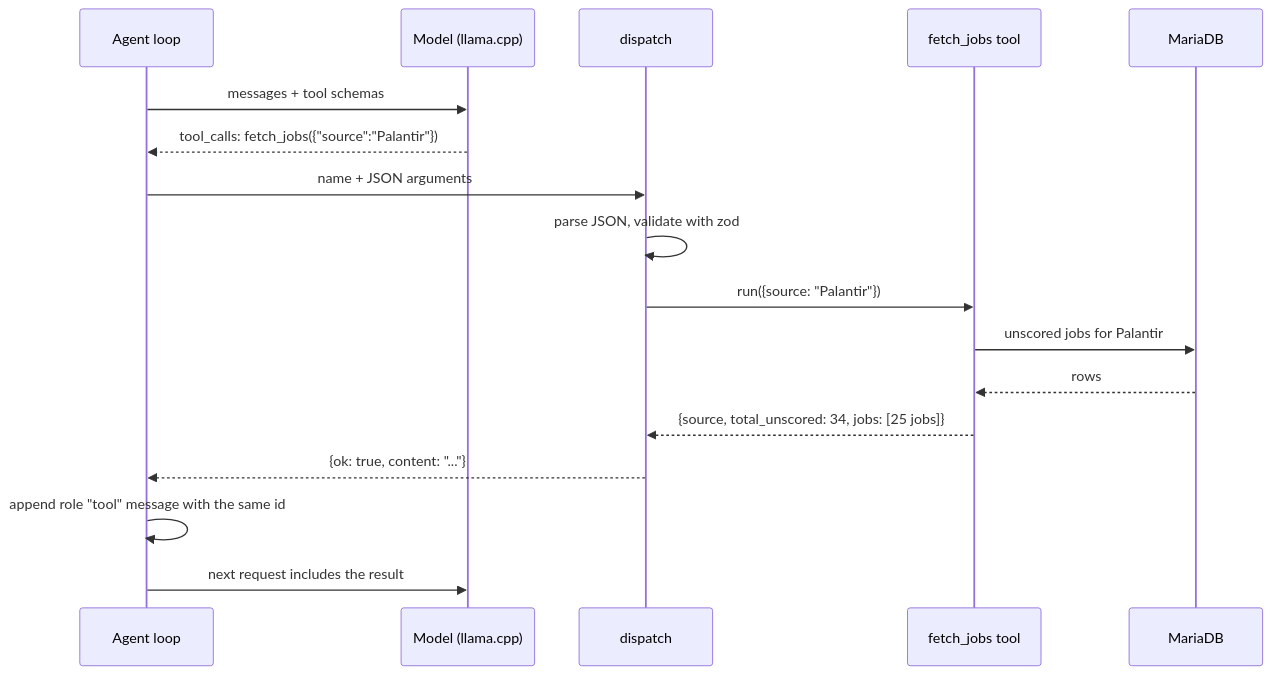
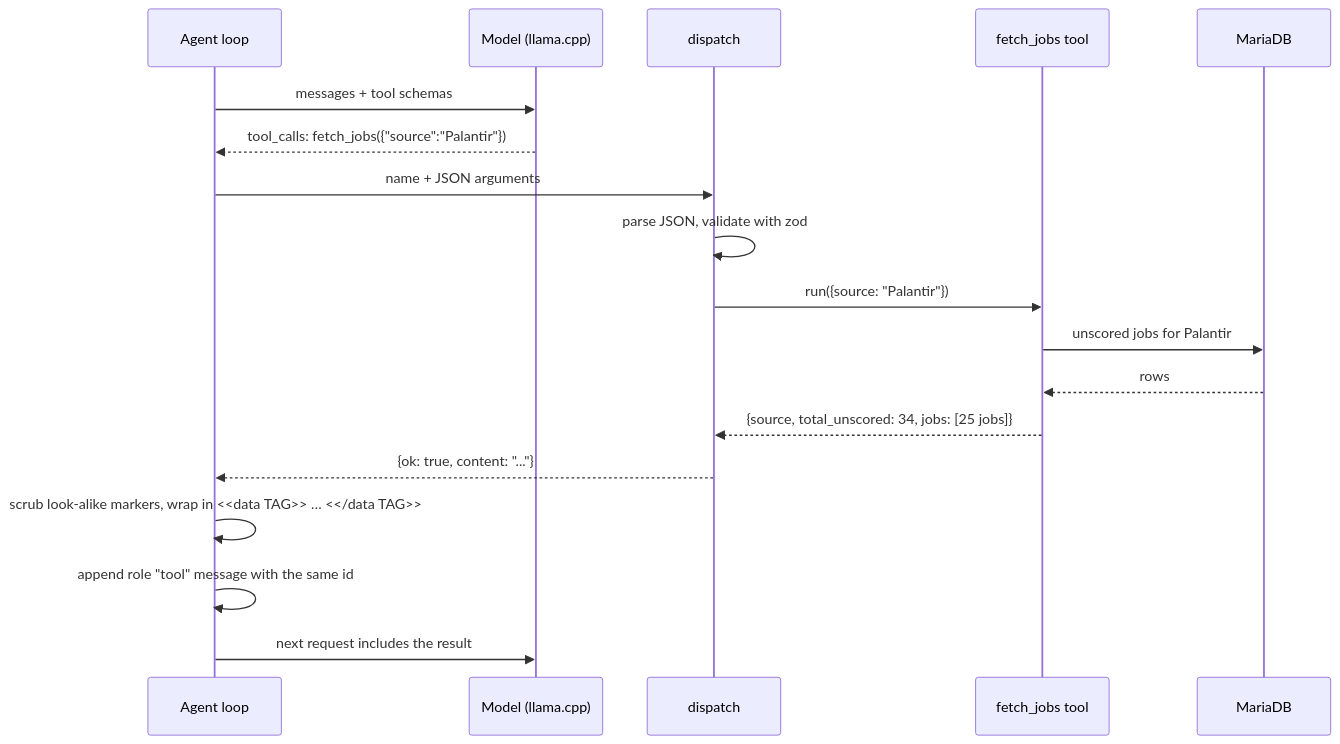
The third of 7 diagrams in README.md (risingfish/myjobbot), drawn with Mermaid before and after one commit. The commit also changed other lines of this file and 56 other files, not shown here.

First line of the commit message:
Run-bound data markers against prompt injection (009) (#15)

````diff
--- a/README.md
+++ b/README.md
@@ -361,20 +373,21 @@
 ```mermaid
 sequenceDiagram
     participant L as Agent loop
     participant M as Model (llama.cpp)
     participant D as dispatch
     participant T as fetch_jobs tool
     participant DB as MariaDB
 
     L->>M: messages + tool schemas
     M-->>L: tool_calls: fetch_jobs({"source":"Palantir"})
     L->>D: name + JSON arguments
     D->>D: parse JSON, validate with zod
     D->>T: run({source: "Palantir"})
     T->>DB: unscored jobs for Palantir
     DB-->>T: rows
     T-->>D: {source, total_unscored: 34, jobs: [25 jobs]}
     D-->>L: {ok: true, content: "..."}
+    L->>L: scrub look-alike markers, wrap in <<data TAG>> … <</data TAG>>
     L->>L: append role "tool" message with the same id
     L->>M: next request includes the result
 ```
````
